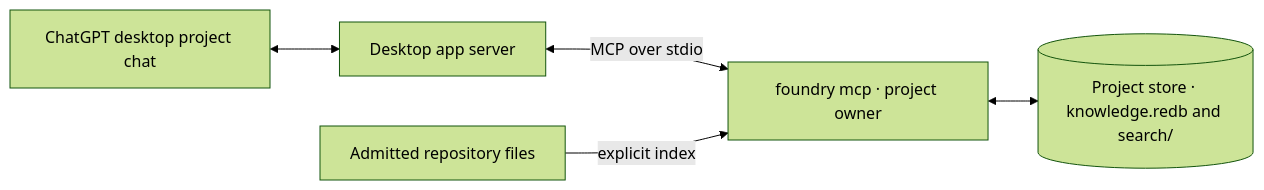
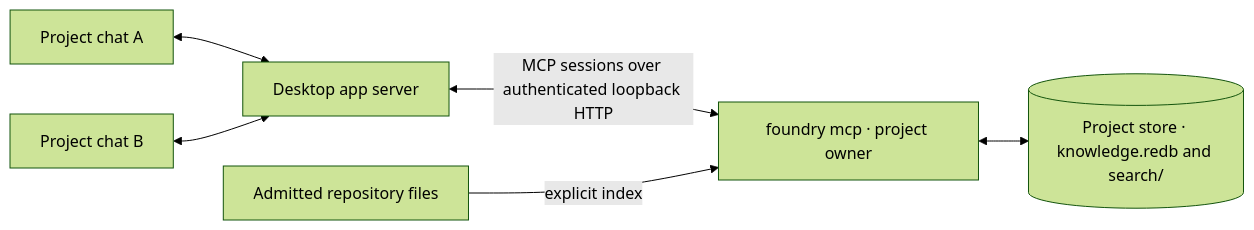
The first of 3 diagrams in docs/architecture.md (dwbimstr/context-foundry), drawn with Mermaid (forest theme) before and after one commit. The commit also changed other lines of this file and 4 other files, not shown here.

Commit message:
Document and qualify the shared desktop project connection across two chats [skip ci]

````diff
--- a/docs/architecture.md
+++ b/docs/architecture.md
@@ -13,7 +12,8 @@
 ```mermaid
 flowchart LR
-    Chat["ChatGPT desktop project chat"] <--> Host["Desktop app server"]
-    Host <-->|"MCP over stdio"| Owner["foundry mcp · project owner"]
+    A["Project chat A"] <--> Host["Desktop app server"]
+    B["Project chat B"] <--> Host
+    Host <-->|"MCP sessions over authenticated loopback HTTP"| Owner["foundry mcp · project owner"]
     Owner <--> Store[("Project store · knowledge.redb and search/")]
     Root["Admitted repository files"] -->|"explicit index"| Owner
 ```
````
